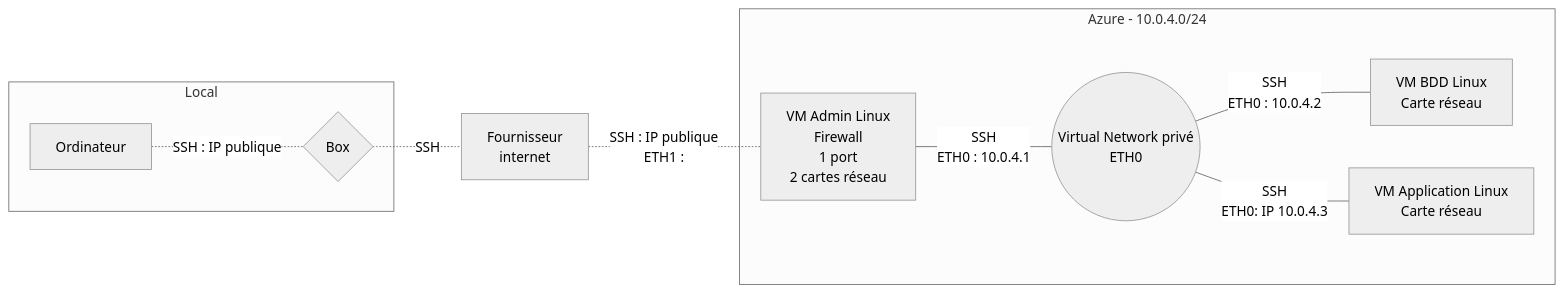
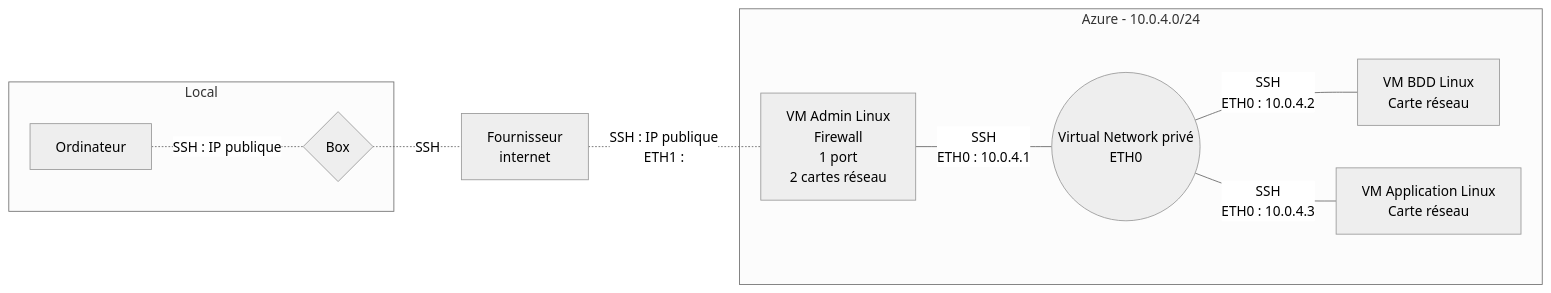
Before and after one commit to simplon-ThomasJulian/Brief2_Groupe4: the diagram in Brouillon.md, drawn with Mermaid (neutral theme).

````diff
--- a/Brouillon.md
+++ b/Brouillon.md
@@ -1,13 +1,13 @@
 ```mermaid
 flowchart LR
     subgraph Local
     Ordinateur[Ordinateur] -.-|SSH : IP publique| Box{Box}
     end
     Box -.-|SSH| Internet[Fournisseur <br /> internet]
     Internet -.-|SSH : IP publique <br /> ETH1 : | VMAdmin[VM Admin Linux <br /> Firewall <br /> 1 port <br /> 2 cartes réseau]
     subgraph Azure - 10.0.4.0/24
     VMAdmin ---|SSH  <br /> ETH0 : 10.0.4.1| VN((Virtual Network privé <br /> ETH0))
     VN ---|SSH  <br /> ETH0 : 10.0.4.2| BDD[VM BDD Linux <br /> Carte réseau]
-    VN ---|SSH  <br />  ETH0: IP 10.0.4.3| Appli[VM Application Linux <br /> Carte réseau]
+    VN ---|SSH  <br />  ETH0 : 10.0.4.3| Appli[VM Application Linux <br /> Carte réseau]
     end
 ```
````
